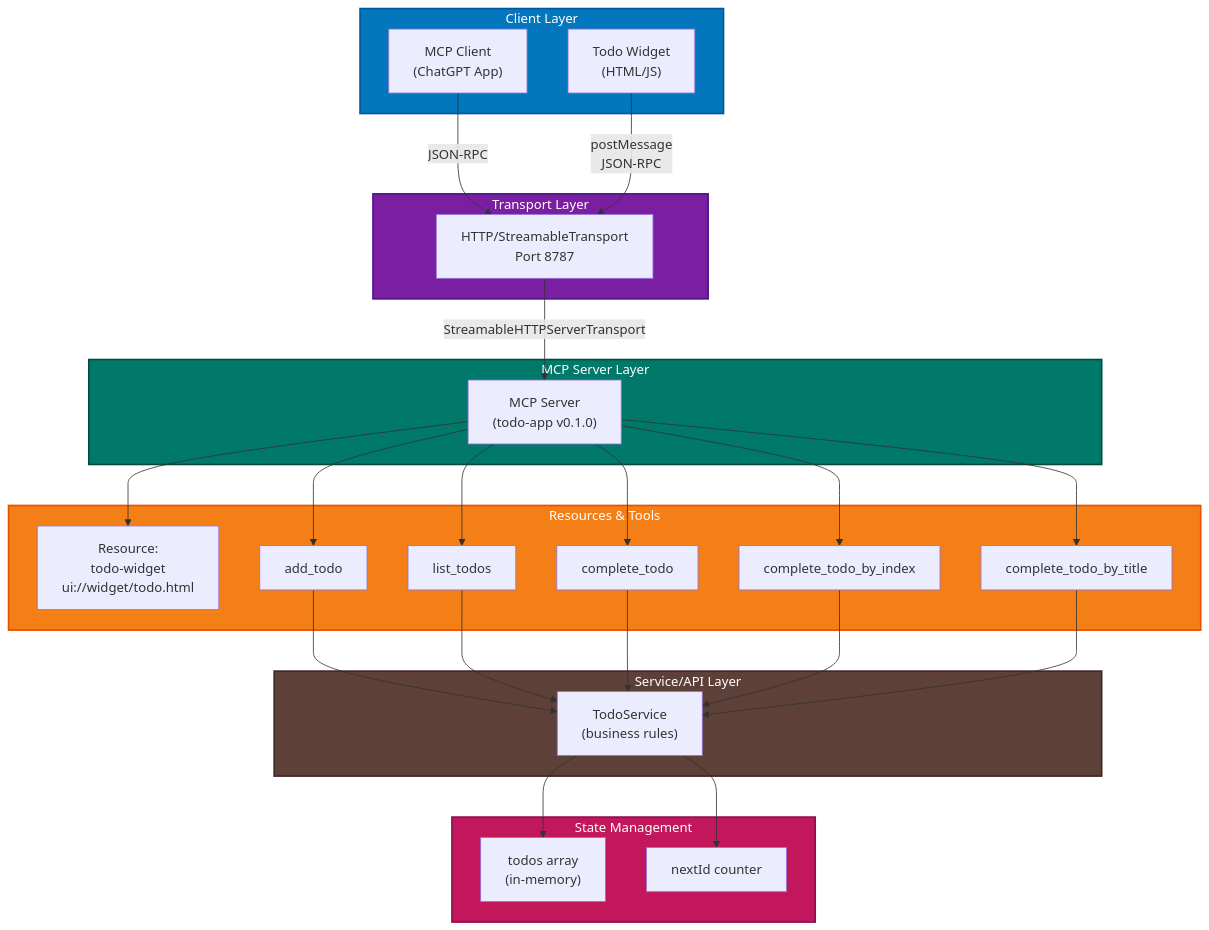
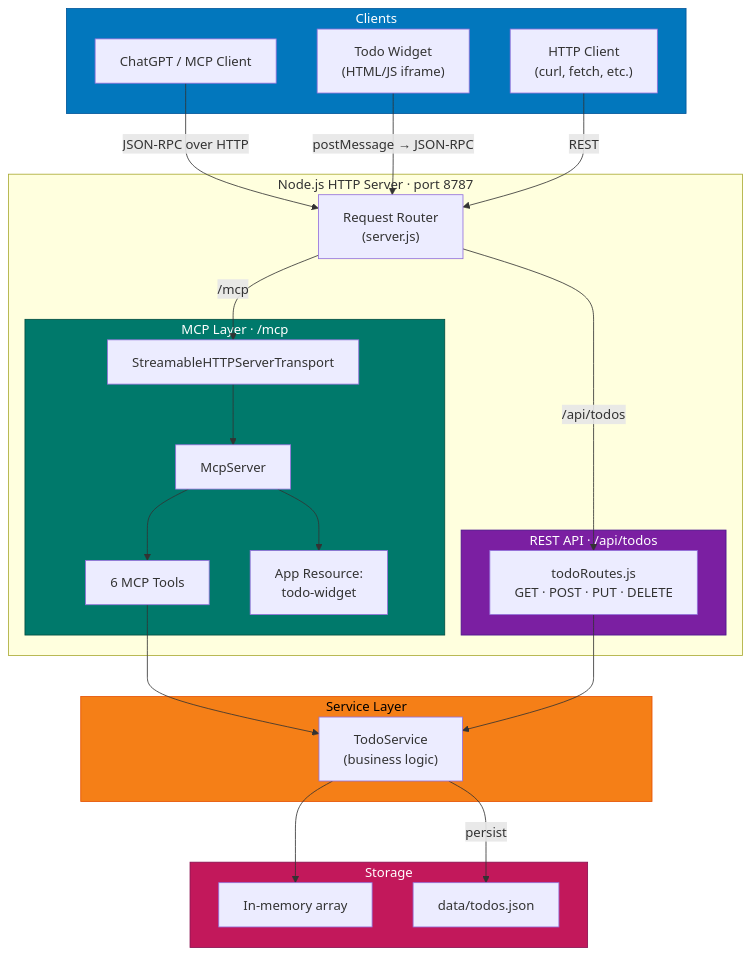
One commit to dataGriff/chatgpt.app.quickstart changed the diagram in README.md. Above: the diagram before and after it, drawn with Mermaid. The commit also changed other lines of this file and 6 other files, not shown here.

Commit message:
feat: enhance documentation and structure for Todo MCP Server; add API reference and architecture details

````diff
--- a/README.md
+++ b/README.md
@@ -78,59 +49,55 @@
 ```mermaid
 graph TB
-    subgraph Client ["Client Layer"]
-        MCP["MCP Client<br/>(ChatGPT App)"]
-        Widget["Todo Widget<br/>(HTML/JS)"]
+    subgraph Clients ["Clients"]
+        ChatGPT["ChatGPT / MCP Client"]
+        Widget["Todo Widget<br/>(HTML/JS iframe)"]
+        HTTP["HTTP Client<br/>(curl, fetch, etc.)"]
     end
 
-    subgraph Transport ["Transport Layer"]
-        HTTPS["HTTP/StreamableTransport<br/>Port 8787"]
+    subgraph Server ["Node.js HTTP Server · port 8787"]
+        Router["Request Router<br/>(server.js)"]
+
+        subgraph MCP ["MCP Layer · /mcp"]
+            McpServer["McpServer"]
+            Transport["StreamableHTTPServerTransport"]
+            Tools["6 MCP Tools"]
+            Resource["App Resource:<br/>todo-widget"]
+        end
+
+        subgraph REST ["REST API · /api/todos"]
+            Routes["todoRoutes.js<br/>GET · POST · PUT · DELETE"]
+        end
     end
 
-    subgraph Server ["MCP Server Layer"]
-        McpServer["MCP Server<br/>(todo-app v0.1.0)"]
+    subgraph Service ["Service Layer"]
+        TodoService["TodoService<br/>(business logic)"]
     end
 
-    subgraph Resources ["Resources & Tools"]
-        WidgetResource["Resource:<br/>todo-widget<br/>ui://widget/todo.html"]
-        AddTodo["add_todo"]
-        ListTodos["list_todos"]
-        CompleteTodo["complete_todo"]
-        CompleteByIndex["complete_todo_by_index"]
-        CompleteByTitle["complete_todo_by_title"]
+    subgraph Storage ["Storage"]
+        Memory["In-memory array"]
+        Disk["data/todos.json"]
     end
 
-    subgraph Services ["Service/API Layer"]
-        TodoService["TodoService<br/>(business rules)"]
-    end
+    ChatGPT -->|"JSON-RPC over HTTP"| Router
+    Widget -->|"postMessage → JSON-RPC"| Router
+    HTTP -->|"REST"| Router
 
-    subgraph State ["State Management"]
-        TodosArray["todos array<br/>(in-memory)"]
-        NextId["nextId counter"]
-    end
+    Router -->|"/mcp"| Transport
+    Transport --> McpServer
+    McpServer --> Tools
+    McpServer --> Resource
 
-    MCP -->|JSON-RPC| HTTPS
-    Widget -->|postMessage<br/>JSON-RPC| HTTPS
-    HTTPS -->|StreamableHTTPServerTransport| McpServer
-    McpServer --> WidgetResource
-    McpServer --> AddTodo
-    McpServer --> ListTodos
-    McpServer --> CompleteTodo
-    McpServer --> CompleteByIndex
-    McpServer --> CompleteByTitle
+    Router -->|"/api/todos"| Routes
 
-    AddTodo --> TodoService
-    ListTodos --> TodoService
-    CompleteTodo --> TodoService
-    CompleteByIndex --> TodoService
-    CompleteByTitle --> TodoService
+    Tools --> TodoService
+    Routes --> TodoService
 
-    TodoService --> TodosArray
-    TodoService --> NextId
+    TodoService --> Memory
+    TodoService -->|persist| Disk
 
-    style Client fill:#0277bd,color:#fff,stroke:#01579b,stroke-width:2px
-    style Transport fill:#7b1fa2,color:#fff,stroke:#4a148c,stroke-width:2px
-    style Server fill:#00796b,color:#fff,stroke:#004d40,stroke-width:2px
-    style Resources fill:#f57f17,color:#fff,stroke:#e65100,stroke-width:2px
-    style Services fill:#5d4037,color:#fff,stroke:#3e2723,stroke-width:2px
-    style State fill:#c2185b,color:#fff,stroke:#880e4f,stroke-width:2px
+    style Clients fill:#0277bd,color:#fff,stroke:#01579b
+    style MCP fill:#00796b,color:#fff,stroke:#004d40
+    style REST fill:#7b1fa2,color:#fff,stroke:#4a148c
+    style Service fill:#f57f17,color:#000,stroke:#e65100
+    style Storage fill:#c2185b,color:#fff,stroke:#880e4f
 ```
````
